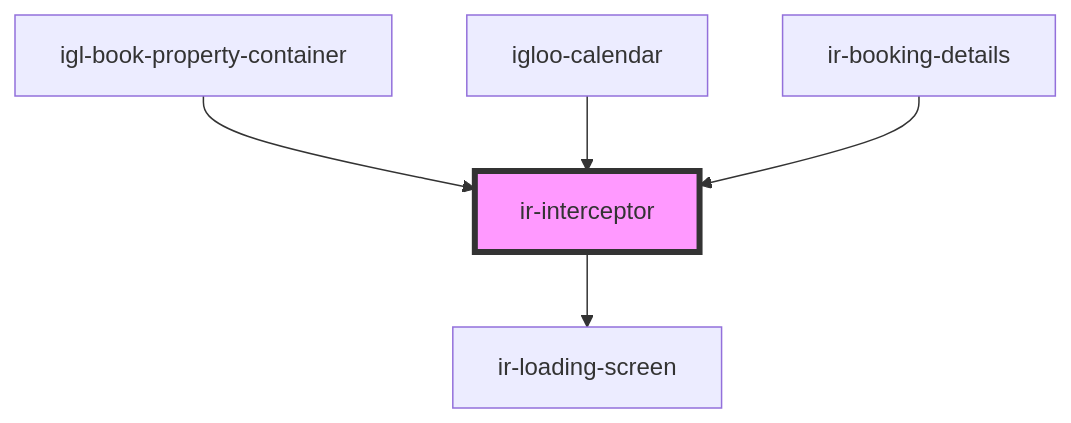
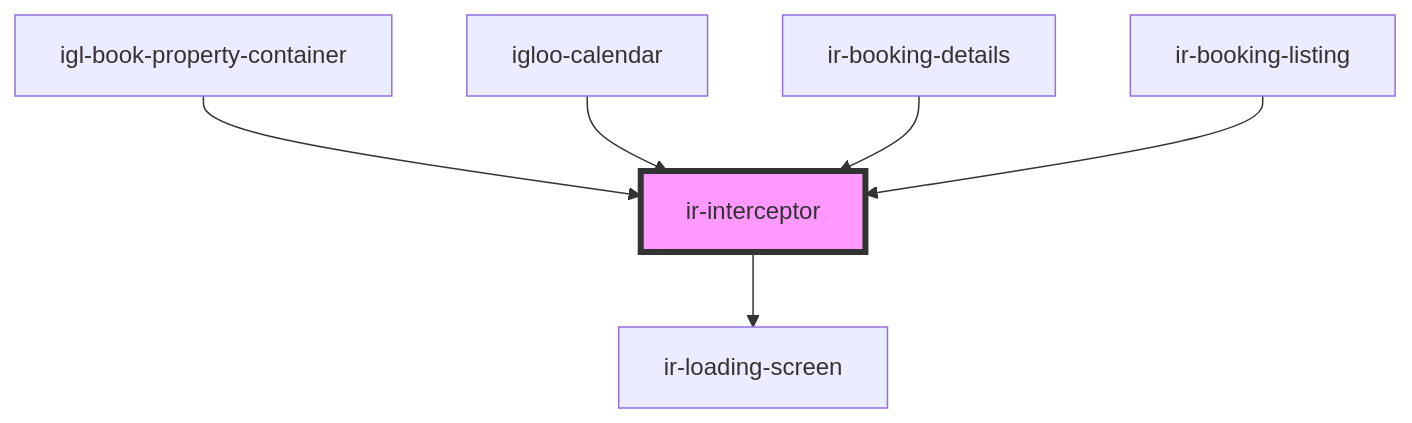
Before and after one commit to David1Chowaifaty/modified-ir-webcmp: the diagram in src/components/ir-interceptor/readme.md, drawn with Mermaid. The commit also changed other lines of this file and 47 other files, not shown here.

Commit message:
still working on the booking listing

````diff
--- a/src/components/ir-interceptor/readme.md
+++ b/src/components/ir-interceptor/readme.md
@@ -35,8 +36,9 @@
 ```mermaid
 graph TD;
   ir-interceptor --> ir-loading-screen
   igl-book-property-container --> ir-interceptor
   igloo-calendar --> ir-interceptor
   ir-booking-details --> ir-interceptor
+  ir-booking-listing --> ir-interceptor
   style ir-interceptor fill:#f9f,stroke:#333,stroke-width:4px
 ```
````
